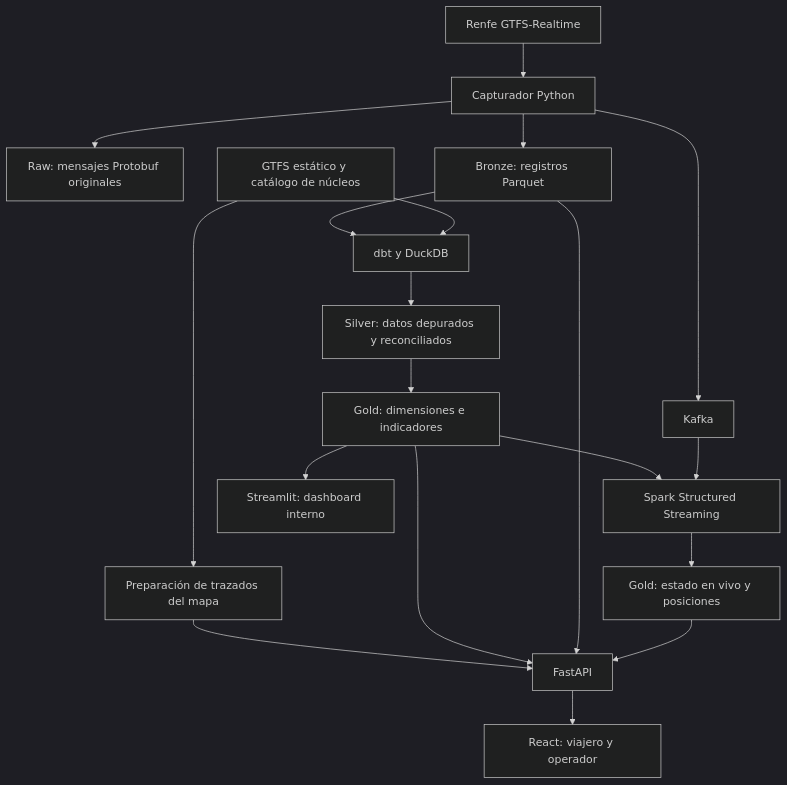
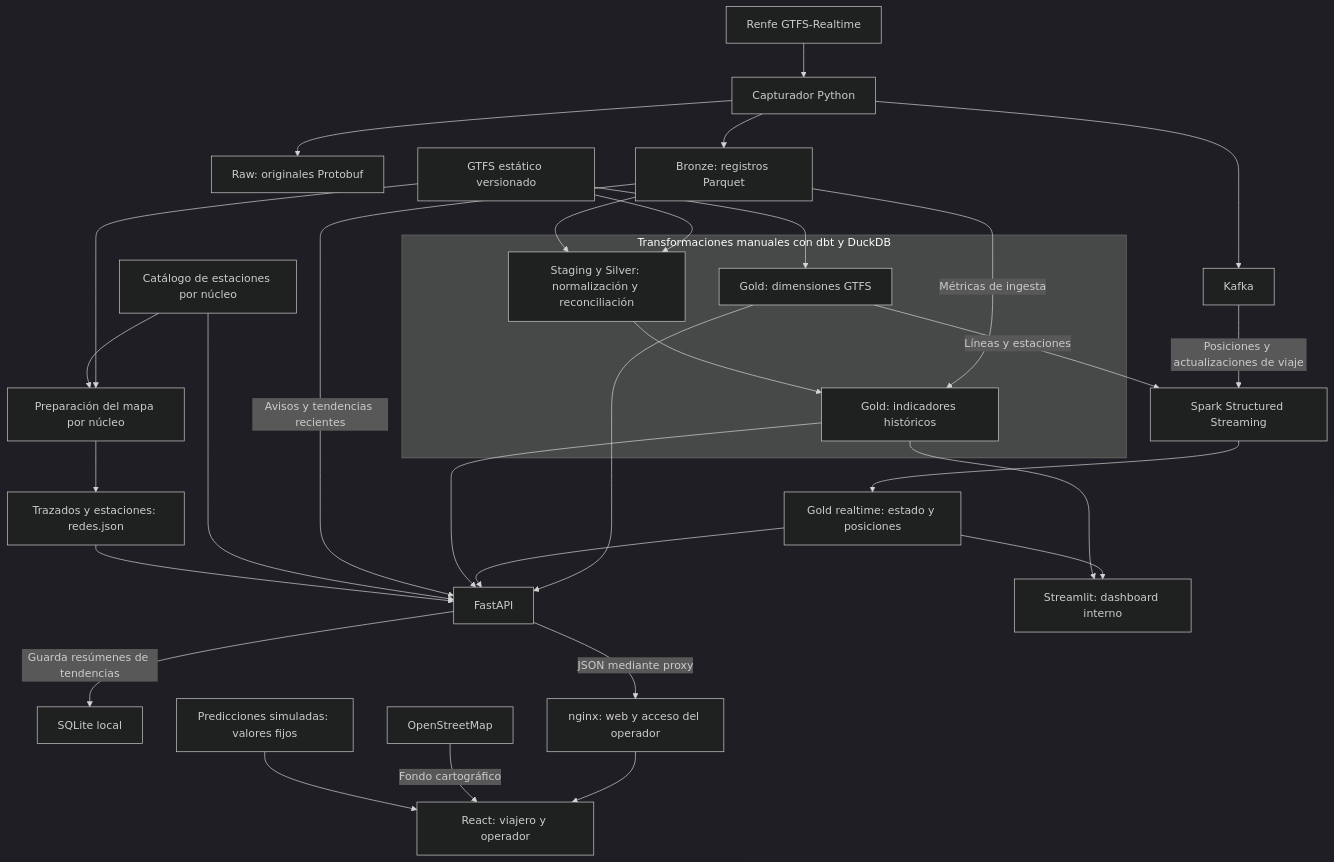
Before and after one commit to mikiligero/anticipa: the diagram in README.md, drawn with Mermaid (dark theme). The commit also changed other lines of this file and 4 other files, not shown here.

````diff
--- a/README.md
+++ b/README.md
@@ -65,23 +68,39 @@
 ```mermaid
 flowchart TD
-    RT[Renfe GTFS-Realtime] --> ING[Capturador Python]
-    ING --> RAW[Raw: mensajes Protobuf originales]
-    ING --> BRONZE[Bronze: registros Parquet]
-    ING --> KAFKA[Kafka]
-    KAFKA --> SPARK[Spark Structured Streaming]
-    SPARK --> LIVE[Gold: estado en vivo y posiciones]
+    RT["Renfe GTFS-Realtime"] --> ING["Capturador Python"]
+    ING --> RAW["Raw: originales Protobuf"]
+    ING --> BRONZE["Bronze: registros Parquet"]
+    ING --> KAFKA["Kafka"]
+    KAFKA -->|Posiciones y actualizaciones de viaje| SPARK["Spark Structured Streaming"]
+    SPARK --> LIVE["Gold realtime: estado y posiciones"]
 
-    STATIC[GTFS estático y catálogo de núcleos] --> DBT[dbt y DuckDB]
-    BRONZE --> DBT
-    DBT --> SILVER[Silver: datos depurados y reconciliados]
-    SILVER --> GOLD[Gold: dimensiones e indicadores]
-    GOLD --> SPARK
-    STATIC --> GEOM[Preparación de trazados del mapa]
+    GTFS["GTFS estático versionado"] --> DIMS
+    GTFS --> SILVER
+    BRONZE --> SILVER
+    BRONZE -->|Métricas de ingesta| KPIS
+    subgraph BATCH["Transformaciones manuales con dbt y DuckDB"]
+        DIMS["Gold: dimensiones GTFS"]
+        SILVER["Staging y Silver: normalización y reconciliación"]
+        KPIS["Gold: indicadores históricos"]
+        SILVER --> KPIS
+    end
+    DIMS -->|Líneas y estaciones| SPARK
+    DIMS --> API["FastAPI"]
+    LIVE --> API
+    LIVE --> DASH["Streamlit: dashboard interno"]
+    KPIS --> DASH
+    KPIS --> API
+    BRONZE -->|Avisos y tendencias recientes| API
 
-    LIVE --> API[FastAPI]
-    BRONZE --> API
-    GOLD --> API
-    GEOM --> API
-    API --> WEB[React: viajero y operador]
-    GOLD --> DASH[Streamlit: dashboard interno]
+    NUCLEOS["Catálogo de estaciones por núcleo"] --> API
+    GTFS --> GEOM["Preparación del mapa por núcleo"]
+    NUCLEOS --> GEOM
+    GEOM --> RED["Trazados y estaciones: redes.json"]
+    RED --> API
+    API -->|Guarda resúmenes de tendencias| SQLITE["SQLite local"]
+
+    API -->|JSON mediante proxy| NGINX["nginx: web y acceso del operador"]
+    NGINX --> WEB["React: viajero y operador"]
+    OSM["OpenStreetMap"] -->|Fondo cartográfico| WEB
+    DEMO["Predicciones simuladas: valores fijos"] --> WEB
 ```
````
